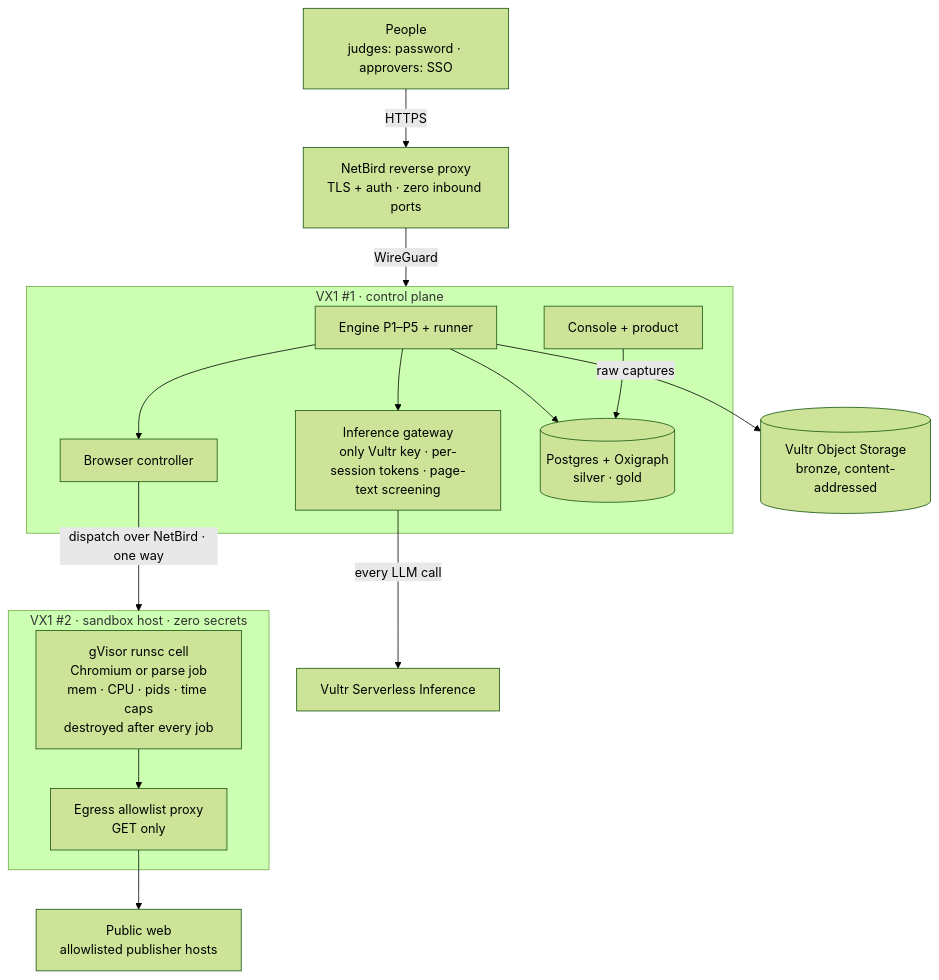
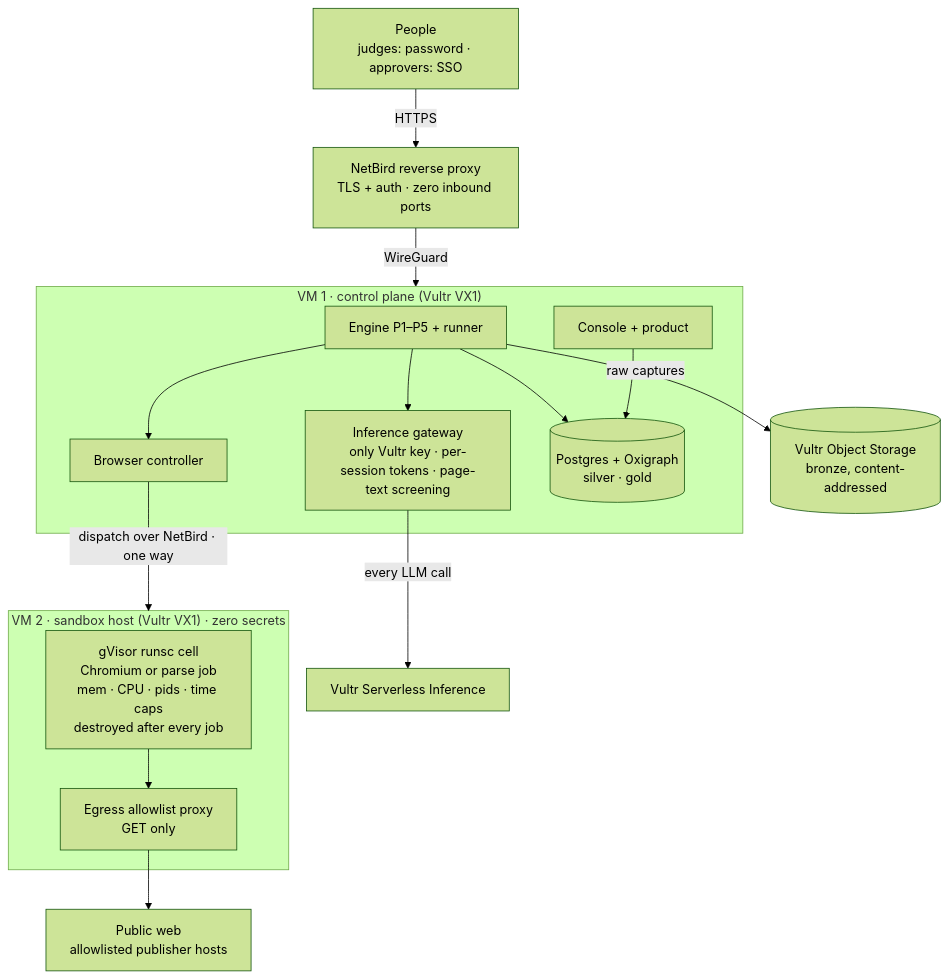
Before and after one commit to ricalanis/ontofill: the first of 3 diagrams in README.md, drawn with Mermaid (forest theme).

Commit message:
README diagrams: avoid '#' in Mermaid labels

````diff
--- a/README.md
+++ b/README.md
@@ -64,25 +64,25 @@
 ```mermaid
 flowchart TB
   people["People<br/>judges: password · approvers: SSO"] -->|HTTPS| nb["NetBird reverse proxy<br/>TLS + auth · zero inbound ports"]
   nb -->|WireGuard| cp
-  subgraph cp["VX1 #1 · control plane"]
+  subgraph cp["VM 1 · control plane (Vultr VX1)"]
     engine["Engine P1–P5 + runner"]
     gw["Inference gateway<br/>only Vultr key · per-session tokens · page-text screening"]
     ctl["Browser controller"]
     ui["Console + product"]
     db[("Postgres + Oxigraph<br/>silver · gold")]
     engine --> gw
     engine --> ctl
     engine --> db
     ui --> db
   end
   gw -->|every LLM call| vsi["Vultr Serverless Inference"]
   ctl -->|dispatch over NetBird · one way| sb
-  subgraph sb["VX1 #2 · sandbox host · zero secrets"]
+  subgraph sb["VM 2 · sandbox host (Vultr VX1) · zero secrets"]
     cell["gVisor runsc cell<br/>Chromium or parse job<br/>mem · CPU · pids · time caps<br/>destroyed after every job"]
     proxy["Egress allowlist proxy<br/>GET only"]
     cell --> proxy
   end
   proxy --> web["Public web<br/>allowlisted publisher hosts"]
   engine -->|raw captures| bronze[("Vultr Object Storage<br/>bronze, content-addressed")]
 ```
````
